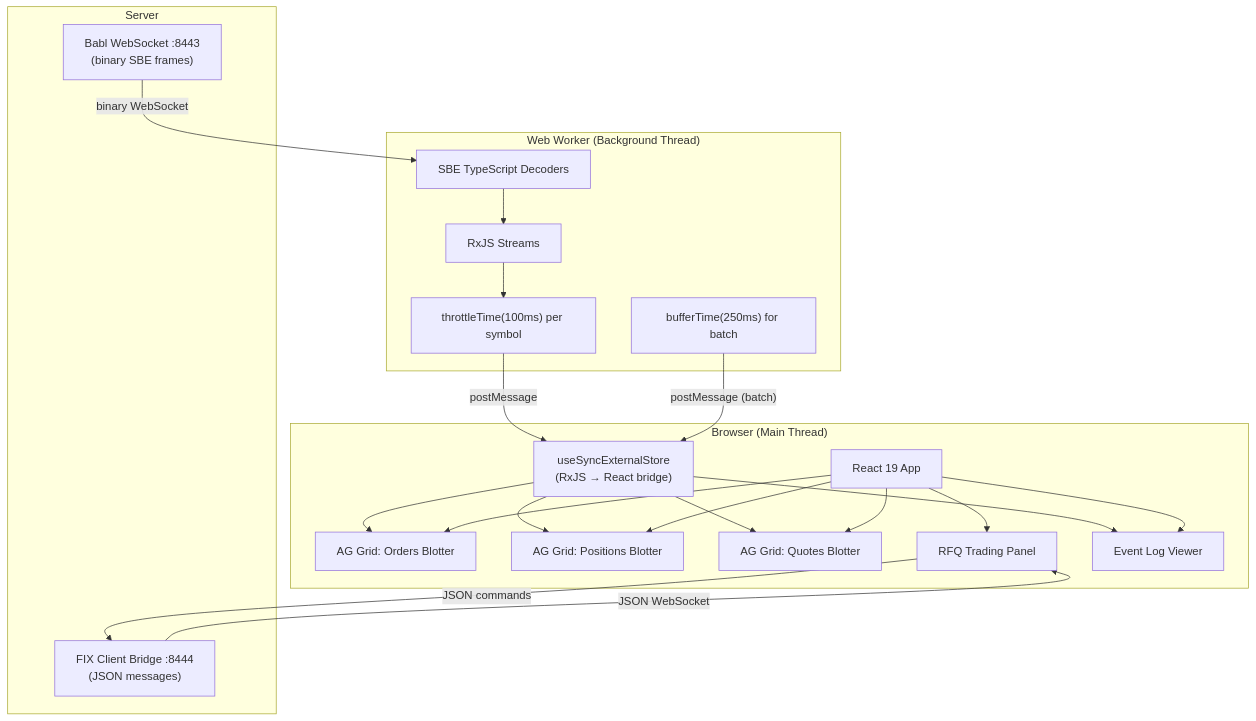
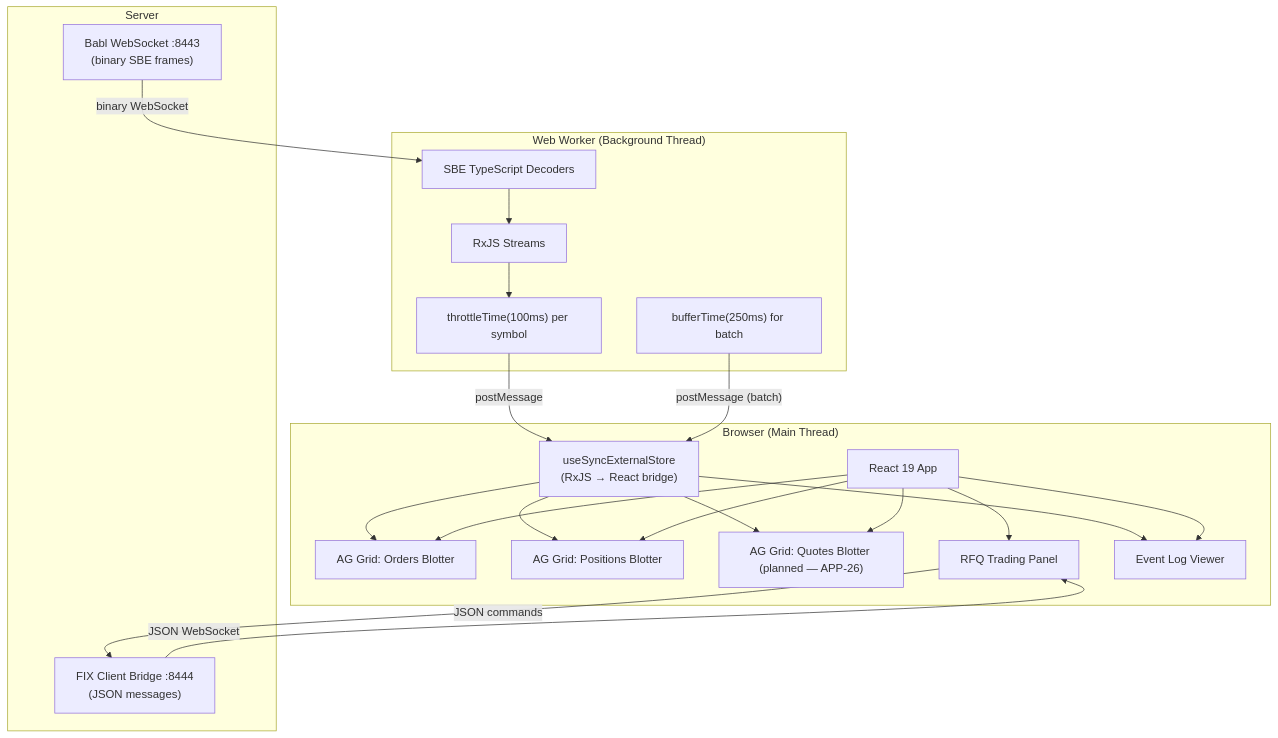
Before and after one commit to jsohi/app-trading-engine: the diagram in docs/web-ui.md, drawn with Mermaid. The commit also changed other lines of this file and 15 other files, not shown here.

````diff
--- a/docs/web-ui.md
+++ b/docs/web-ui.md
@@ -5,44 +5,44 @@
 ```mermaid
 graph TB
     subgraph Browser["Browser (Main Thread)"]
         React["React 19 App"]
         AG1["AG Grid: Orders Blotter"]
         AG2["AG Grid: Positions Blotter"]
-        AG3["AG Grid: Quotes Blotter"]
+        AG3["AG Grid: Quotes Blotter (planned — APP-26)"]
         RFQ["RFQ Trading Panel"]
         EVT["Event Log Viewer"]
         Store["useSyncExternalStore<br/>(RxJS → React bridge)"]
     end
 
     subgraph Worker["Web Worker (Background Thread)"]
         SBE["SBE TypeScript Decoders"]
         RxJS["RxJS Streams"]
         Throttle["throttleTime(100ms) per symbol"]
         Buffer["bufferTime(250ms) for batch"]
     end
 
     subgraph Server["Server"]
         Babl["Babl WebSocket :8443<br/>(binary SBE frames)"]
         FIXBridge["FIX Client Bridge :8444<br/>(JSON messages)"]
     end
 
     Babl -- "binary WebSocket" --> SBE
     SBE --> RxJS
     RxJS --> Throttle
     Throttle -- "postMessage" --> Store
     Store --> AG1
     Store --> AG2
     Store --> AG3
     Buffer -- "postMessage (batch)" --> Store
 
     FIXBridge -- "JSON WebSocket" --> RFQ
     RFQ -- "JSON commands" --> FIXBridge
 
     Store --> EVT
 
     React --> AG1
     React --> AG2
     React --> AG3
     React --> RFQ
     React --> EVT
 ```
````
